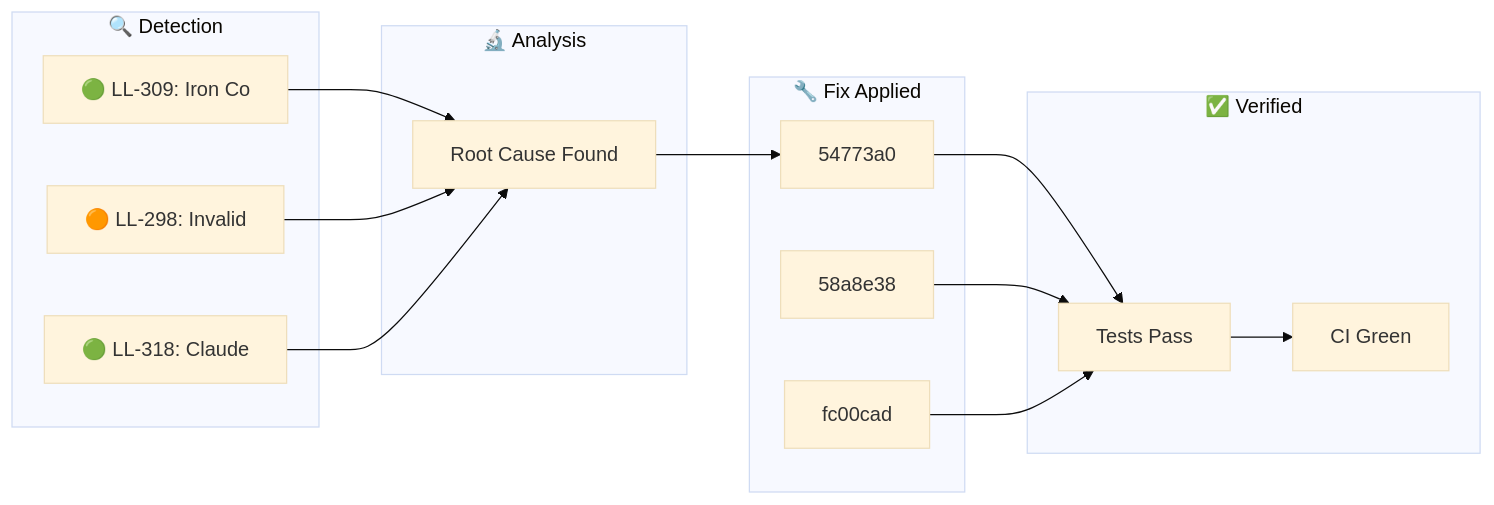
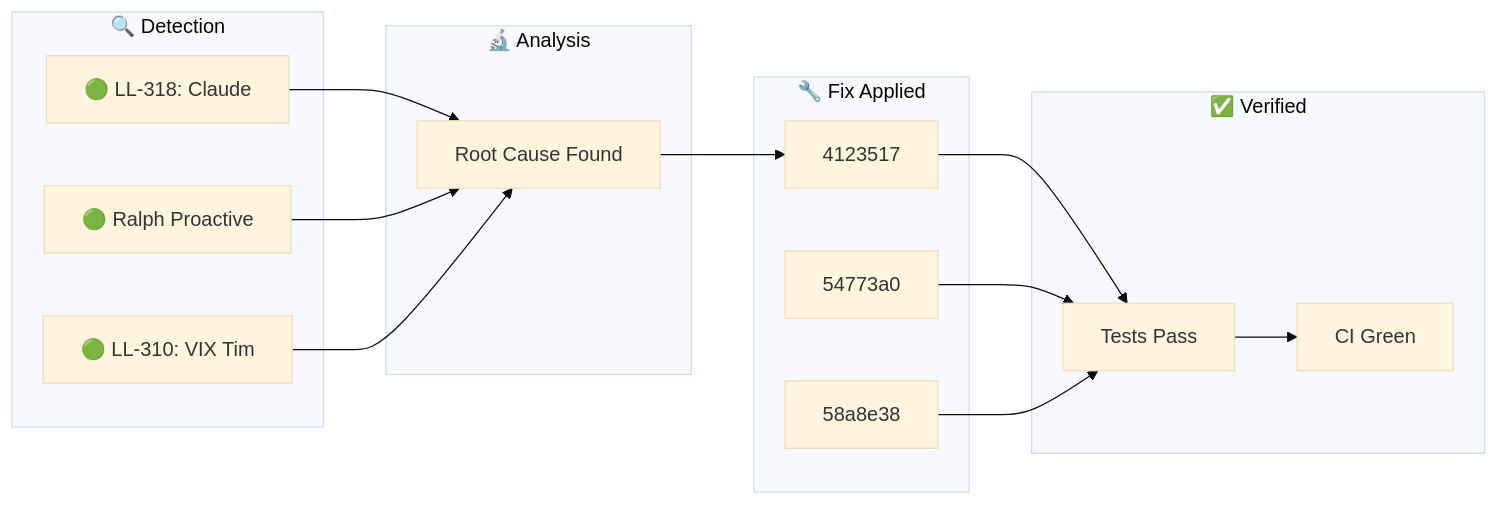
One commit to YoByron/trading changed the diagram in docs/_posts/2026-01-28-ralph-discovery.md. Above: the diagram before and after it, drawn with Mermaid (base theme). The commit also changed other lines of this file, not shown here.

Commit message:
docs(ralph): Auto-publish discovery blog post

````diff
--- a/docs/_posts/2026-01-28-ralph-discovery.md
+++ b/docs/_posts/2026-01-28-ralph-discovery.md
@@ -17,28 +17,28 @@
 ```mermaid
 flowchart LR
     subgraph Detection["🔍 Detection"]
-        D1["🟢 LL-309: Iron Co"]
-        D2["🟠 LL-298: Invalid"]
-        D3["🟢 LL-318: Claude "]
+        D1["🟢 LL-318: Claude "]
+        D2["🟢 Ralph Proactive"]
+        D3["🟢 LL-310: VIX Tim"]
     end
     subgraph Analysis["🔬 Analysis"]
         A1["Root Cause Found"]
     end
     subgraph Fix["🔧 Fix Applied"]
-        F1["54773a0"]
-        F2["58a8e38"]
-        F3["fc00cad"]
+        F1["4123517"]
+        F2["54773a0"]
+        F3["58a8e38"]
     end
     subgraph Verify["✅ Verified"]
         V1["Tests Pass"]
         V2["CI Green"]
     end
     D1 --> A1
     D2 --> A1
     D3 --> A1
     A1 --> F1
     F1 --> V1
     F2 --> V1
     F3 --> V1
     V1 --> V2
 ```
````
